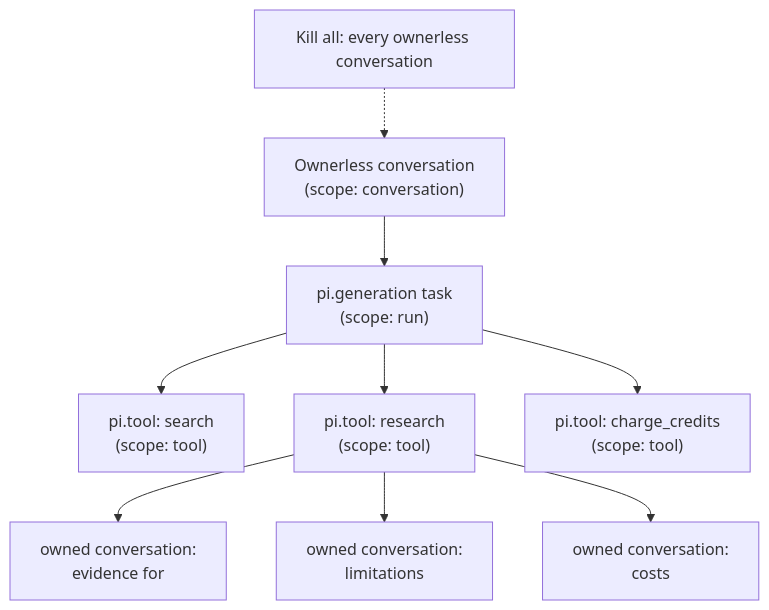
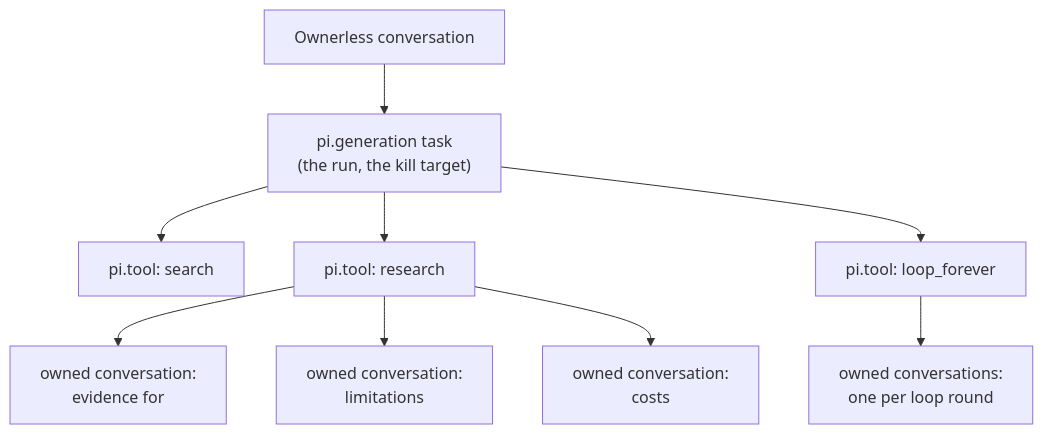
One commit to hung-ngm/pi-durable-replay changed the third of 6 diagrams in SPEC.md. Above: the diagram before and after it, drawn with Mermaid. The commit also changed other lines of this file and 4 other files, not shown here.

````diff
--- a/SPEC.md
+++ b/SPEC.md
@@ -140,19 +143,20 @@
 ```mermaid
 flowchart TD
-  Root["Ownerless conversation<br/>(scope: conversation)"]
-  Gen["pi.generation task<br/>(scope: run)"]
-  T1["pi.tool: search<br/>(scope: tool)"]
-  T2["pi.tool: research<br/>(scope: tool)"]
-  T3["pi.tool: charge_credits<br/>(scope: tool)"]
+  Root["Ownerless conversation"]
+  Gen["pi.generation task<br/>(the run, the kill target)"]
+  T1["pi.tool: search"]
+  T2["pi.tool: research"]
+  T3["pi.tool: loop_forever"]
   C1["owned conversation:<br/>evidence for"]
   C2["owned conversation:<br/>limitations"]
   C3["owned conversation:<br/>costs"]
+  L1["owned conversations:<br/>one per loop round"]
   Root --> Gen
   Gen --> T1
   Gen --> T2
   Gen --> T3
   T2 --> C1
   T2 --> C2
   T2 --> C3
-  All["Kill all: every ownerless conversation"] -.-> Root
+  T3 --> L1
 ```
````
